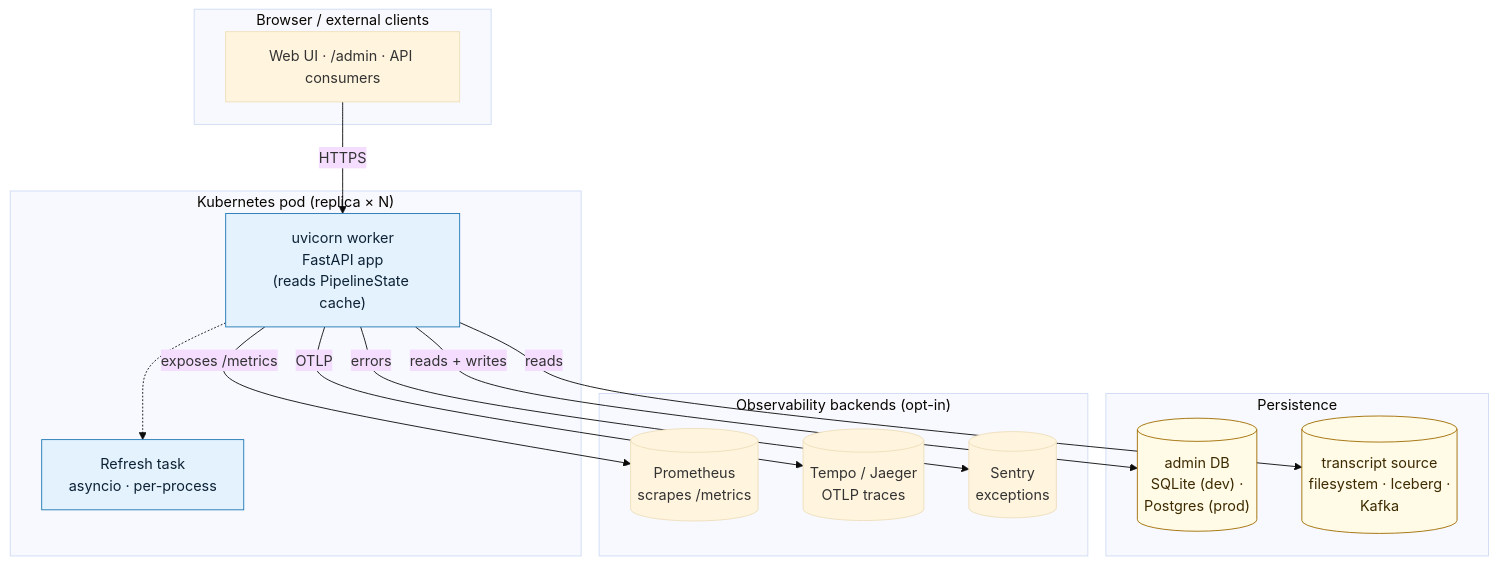
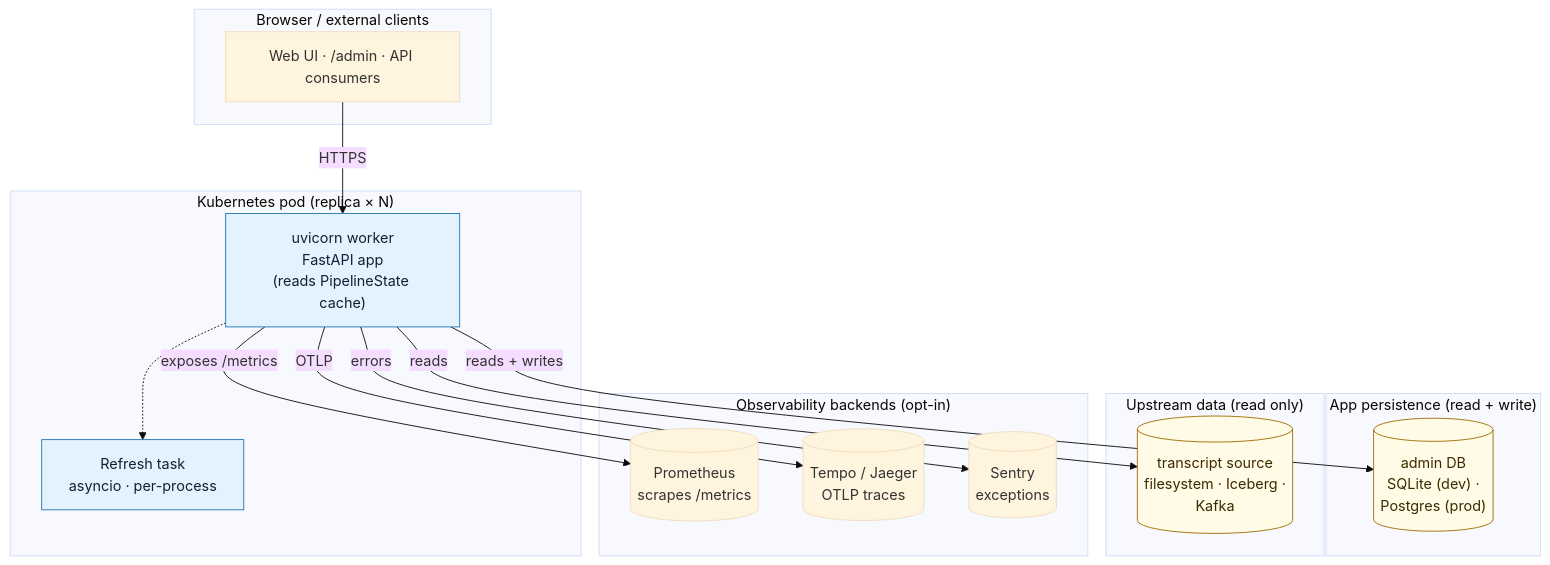
One commit to r2st/rubrik changed the fourth of 18 diagrams in docs/ARCHITECTURE.md. Above: the diagram before and after it, drawn with Mermaid (base theme). The commit also changed other lines of this file and 1 other file, not shown here.

First line of the commit message:
Docs: split upstream data sources from app persistence in layered + topology views

````diff
--- a/docs/ARCHITECTURE.md
+++ b/docs/ARCHITECTURE.md
@@ -192,35 +194,38 @@
 ```mermaid
 flowchart TB
     subgraph Client["Browser / external clients"]
         BR[Web UI · /admin · API consumers]
     end
 
     subgraph K8s["Kubernetes pod (replica × N)"]
         UV["uvicorn worker<br/>FastAPI app<br/>(reads PipelineState cache)"]
         RT["Refresh task<br/>asyncio · per-process"]
         UV -.-> RT
     end
 
-    subgraph Persist["Persistence"]
+    subgraph Persist["App persistence (read + write)"]
         AdminDB[("admin DB<br/>SQLite (dev) ·<br/>Postgres (prod)")]
+    end
+
+    subgraph SrcG["Upstream data (read only)"]
         Source[("transcript source<br/>filesystem · Iceberg ·<br/>Kafka")]
     end
 
     subgraph Obs["Observability backends (opt-in)"]
         Prom[("Prometheus<br/>scrapes /metrics")]
         Tempo[("Tempo / Jaeger<br/>OTLP traces")]
         Sentry[("Sentry<br/>exceptions")]
     end
 
     BR -->|HTTPS| UV
     UV -->|reads + writes| AdminDB
     UV -->|reads| Source
     UV -->|exposes /metrics| Prom
     UV -->|OTLP| Tempo
     UV -->|errors| Sentry
 
     classDef pod fill:#e3f2fd,stroke:#1f77b4,color:#0d2235
     classDef store fill:#fffbe6,stroke:#a06b00,color:#3d2a00
     class UV,RT pod
     class AdminDB,Source store
 ```
````
